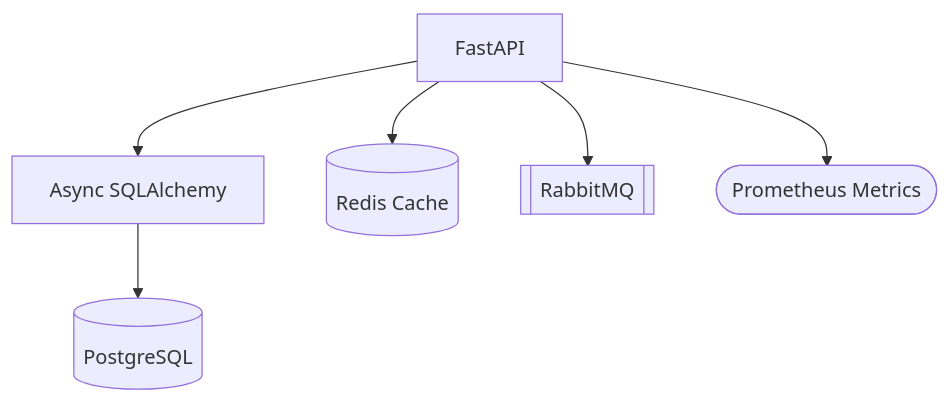
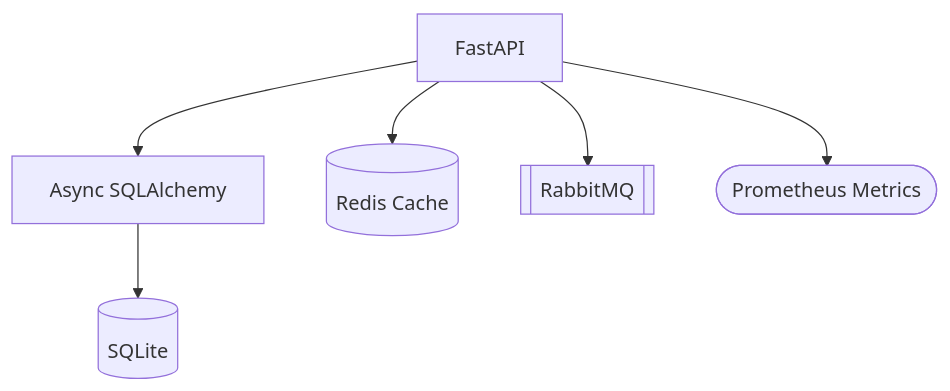
Before and after one commit to SBOLife/iam: the diagram in README.md, drawn with Mermaid.

Commit message:
added readme.md doc

`````diff
--- a/README.md
+++ b/README.md
@@ -23,8 +23,8 @@
 ```mermaid
 graph TD
     A[FastAPI] --> B[Async SQLAlchemy]
-    B --> C[(PostgreSQL)]
+    B --> C[(SQLite)]
     A --> D[(Redis Cache)]
     A --> E[[RabbitMQ]]
     A --> F([Prometheus Metrics])
 ````
`````
